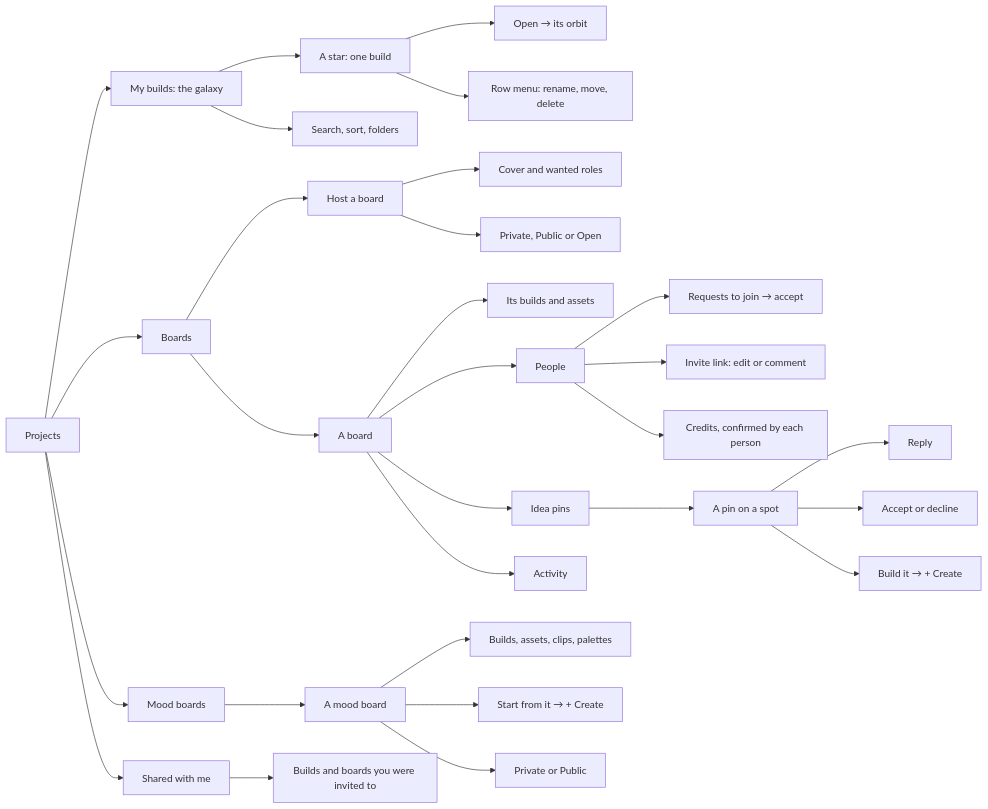
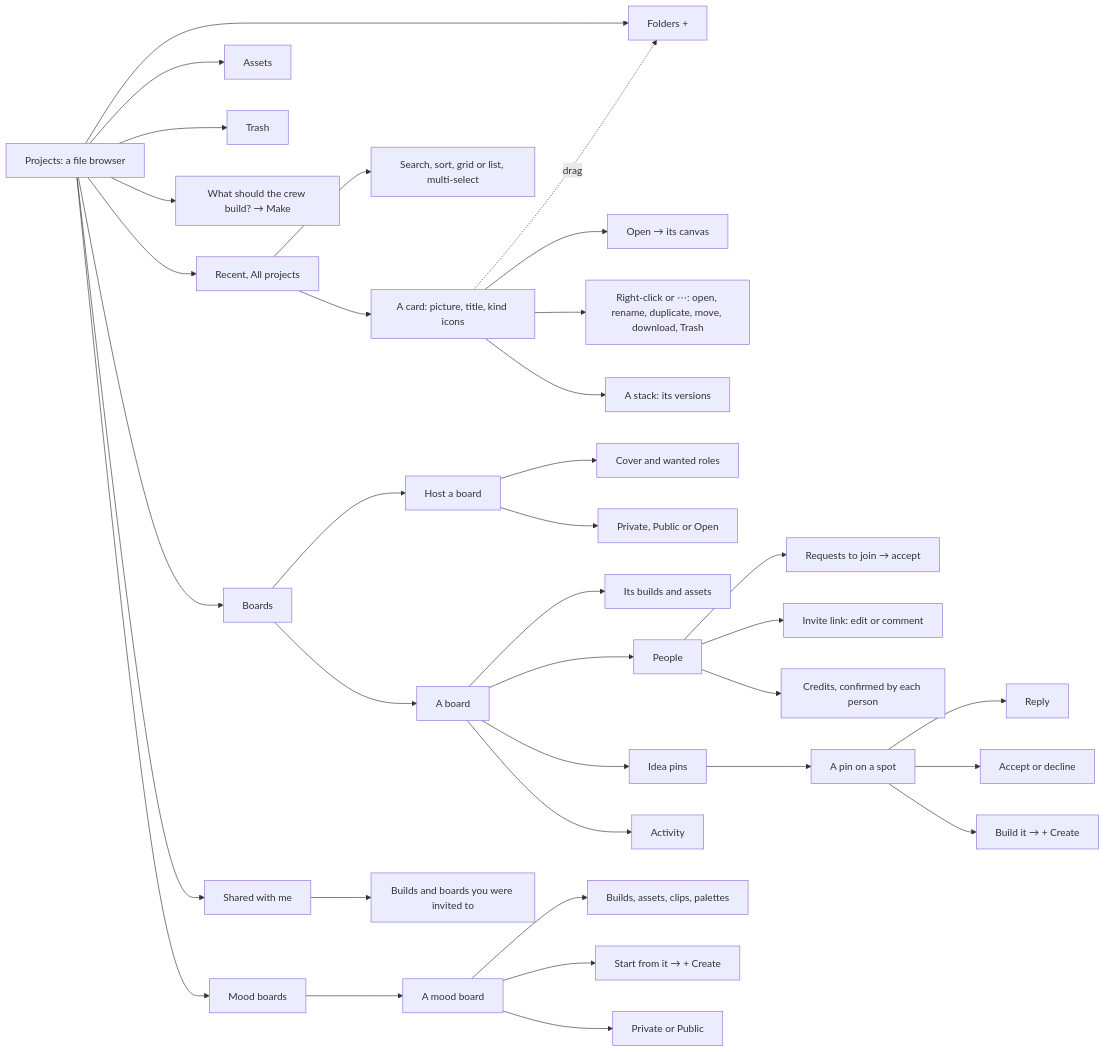
One commit to Pukujan/swarm-studio changed the sixth of 24 diagrams in docs/ux/SITEMAP.md. Above: the diagram before and after it, drawn with Mermaid. The commit also changed other lines of this file and 19 other files, not shown here.

First line of the commit message:
A project is one canvas: Files and Layers, artboards, crew cursors

````diff
--- a/docs/ux/SITEMAP.md
+++ b/docs/ux/SITEMAP.md
@@ -173,31 +173,37 @@
 ```mermaid
 flowchart LR
-  PROJ[Projects] --> MB["My builds: the galaxy"]
+  PROJ[Projects: a file browser] --> MB["Recent, All projects"]
+  PROJ --> AS[Assets]
+  PROJ --> TR[Trash]
+  PROJ --> FO["Folders +"]
+  PROJ --> ASK["What should the crew build? → Make"]
   PROJ --> BD[Boards]
   PROJ --> MO[Mood boards]
   PROJ --> SW[Shared with me]
-  MB --> ST[A star: one build]
-  MB --> MS["Search, sort, folders"]
-  ST --> ORB["Open → its orbit"]
-  ST --> RM["Row menu: rename, move, delete"]
+  MB --> ST["A card: picture, title, kind icons"]
+  MB --> MS["Search, sort, grid or list, multi-select"]
+  ST --> ORB["Open → its canvas"]
+  ST --> RM["Right-click or ⋯: open, rename, duplicate, move, download, Trash"]
+  ST --> VS["A stack: its versions"]
+  ST -.->|drag| FO
   BD --> BO[A board]
   BD --> BN[Host a board]
   BN --> BN1["Cover and wanted roles"]
   BN --> BN2["Private, Public or Open"]
   BO --> BW["Its builds and assets"]
   BO --> BP[People]
   BO --> BI[Idea pins]
   BO --> BA[Activity]
   BP --> BP1["Requests to join → accept"]
   BP --> BP2["Invite link: edit or comment"]
   BP --> BP3["Credits, confirmed by each person"]
   BI --> PIN[A pin on a spot]
   PIN --> PIN1[Reply]
   PIN --> PIN2[Accept or decline]
   PIN --> PIN3["Build it → + Create"]
   MO --> MOB[A mood board]
   MOB --> MOI["Builds, assets, clips, palettes"]
   MOB --> MOS["Start from it → + Create"]
   MOB --> MOV["Private or Public"]
   SW --> SWB["Builds and boards you were invited to"]
 ```
````
